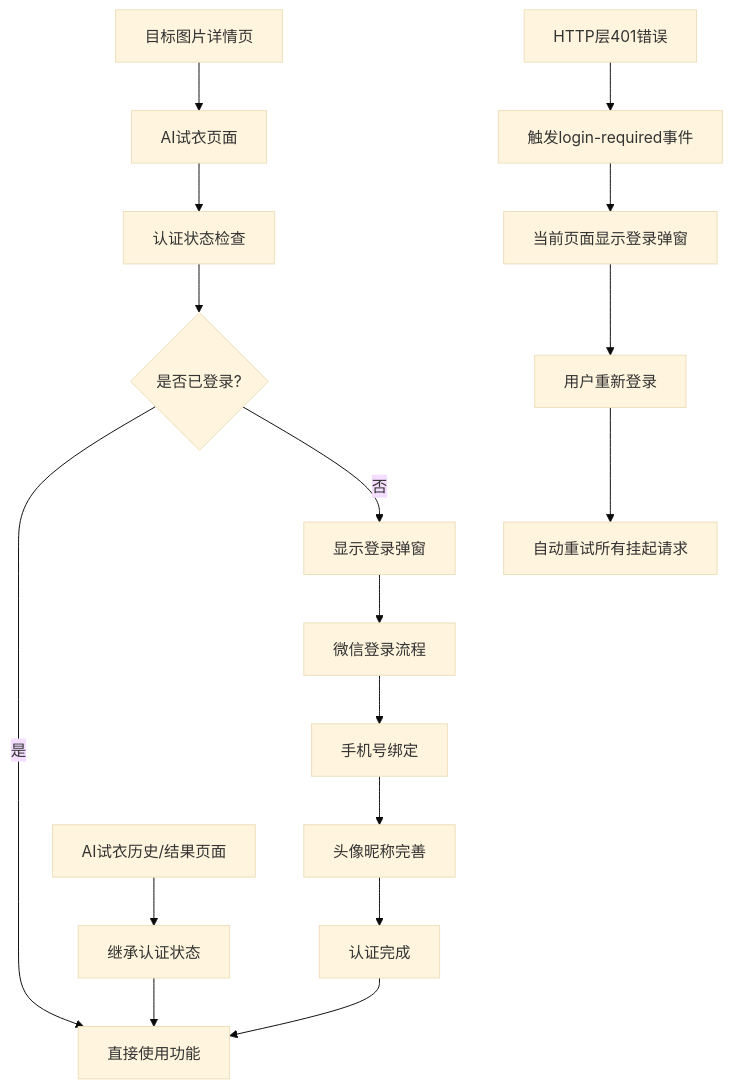
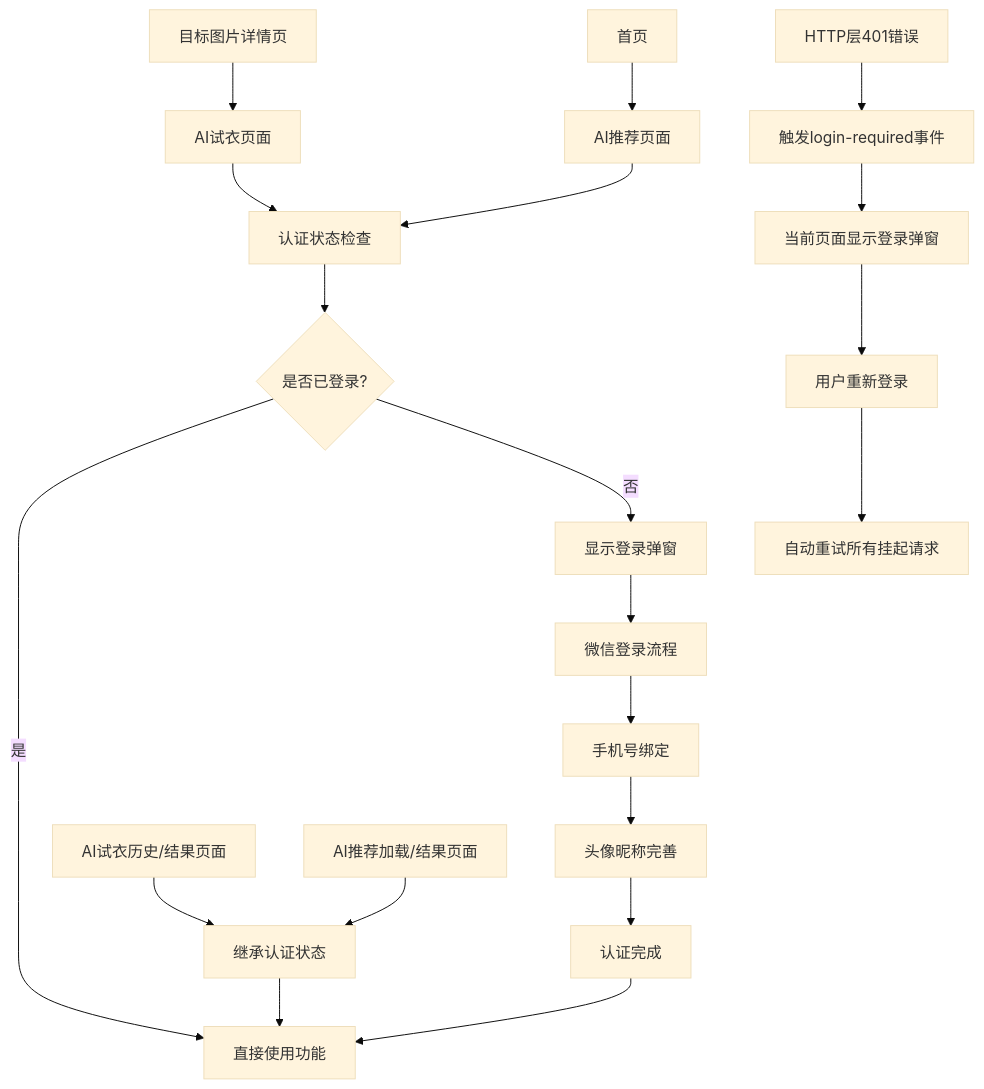
Diagram 13 of 14 in .qoder/repowiki/zh/content/核心功能模块/用户认证系统.md (crazyma99/blueberry), drawn with Mermaid (base theme) before and after one commit. The commit also changed other lines of this file and 6 other files, not shown here.

````diff
--- a/.qoder/repowiki/zh/content/核心功能模块/用户认证系统.md
+++ b/.qoder/repowiki/zh/content/核心功能模块/用户认证系统.md
@@ -618,19 +747,22 @@
 ```mermaid
 flowchart TD
 A["目标图片详情页"] --> B["AI试衣页面"]
-B --> C["认证状态检查"]
-C --> D{"是否已登录?"}
-D --> |是| E["直接使用功能"]
-D --> |否| F["显示登录弹窗"]
-F --> G["微信登录流程"]
-G --> H["手机号绑定"]
-H --> I["头像昵称完善"]
-I --> J["认证完成"]
-J --> E
-K["AI试衣历史/结果页面"] --> L["继承认证状态"]
-L --> E
-M["HTTP层401错误"] --> N["触发login-required事件"]
-N --> O["当前页面显示登录弹窗"]
-O --> P["用户重新登录"]
-P --> Q["自动重试所有挂起请求"]
+A2["首页"] --> C["AI推荐页面"]
+B --> D["认证状态检查"]
+C --> D
+D --> E{"是否已登录?"}
+E --> |是| F["直接使用功能"]
+E --> |否| G["显示登录弹窗"]
+G --> H["微信登录流程"]
+H --> I["手机号绑定"]
+I --> J["头像昵称完善"]
+J --> K["认证完成"]
+K --> F
+L["AI试衣历史/结果页面"] --> M["继承认证状态"]
+M --> F
+L2["AI推荐加载/结果页面"] --> M
+N["HTTP层401错误"] --> O["触发login-required事件"]
+O --> P["当前页面显示登录弹窗"]
+P --> Q["用户重新登录"]
+Q --> R["自动重试所有挂起请求"]
 ```
````
